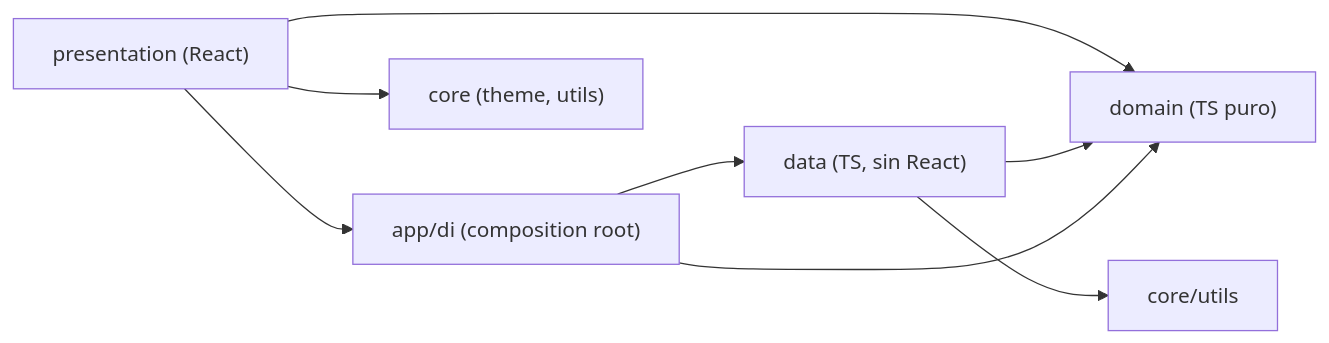
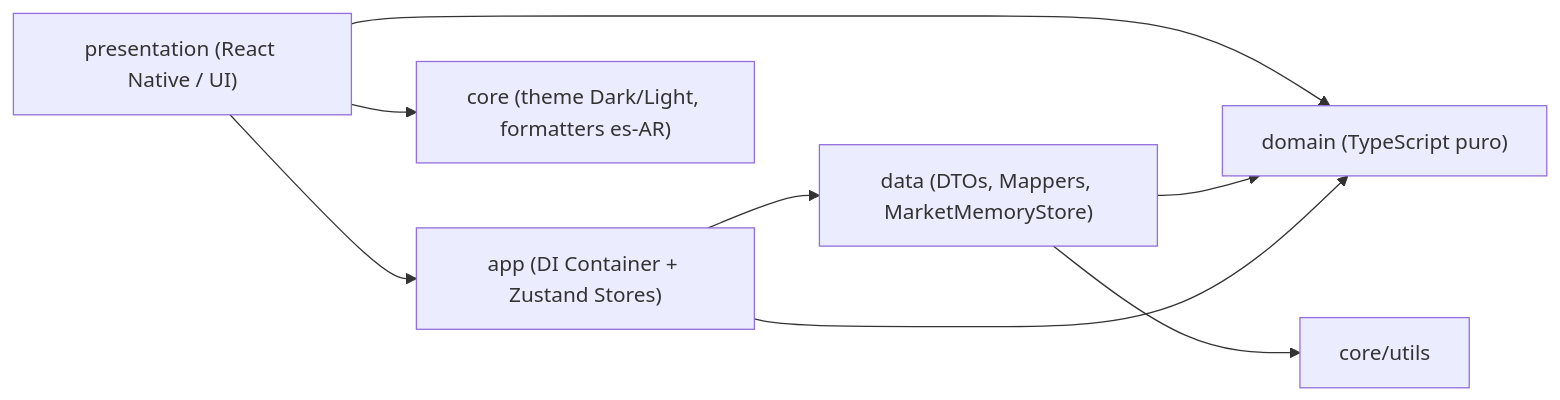
The first of 3 diagrams in docs/ARCHITECTURE.md (AleBattista/ReactNativeChallenge), drawn with Mermaid before and after one commit. The commit also changed other lines of this file and 1 other file, not shown here.

Commit message:
docs: add architecture and design system documentation

````diff
--- a/docs/ARCHITECTURE.md
+++ b/docs/ARCHITECTURE.md
@@ -5,10 +26,10 @@
 ```mermaid
 flowchart LR
-  P["presentation (React)"] --> D["domain (TS puro)"]
-  DA["data (TS, sin React)"] --> D
-  APP["app/di (composition root)"] --> DA
+  P["presentation (React Native / UI)"] --> D["domain (TypeScript puro)"]
+  DA["data (DTOs, Mappers, MarketMemoryStore)"] --> D
+  APP["app (DI Container + Zustand Stores)"] --> DA
   APP --> D
   P --> APP
-  P --> C["core (theme, utils)"]
+  P --> C["core (theme Dark/Light, formatters es-AR)"]
   DA --> CU["core/utils"]
 ```
````
